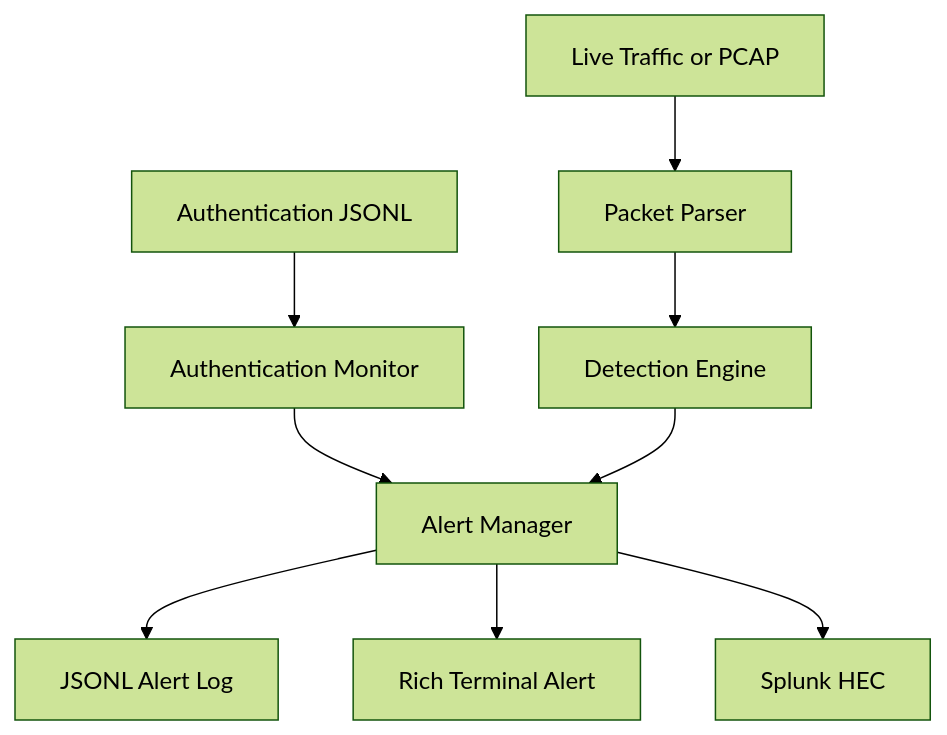
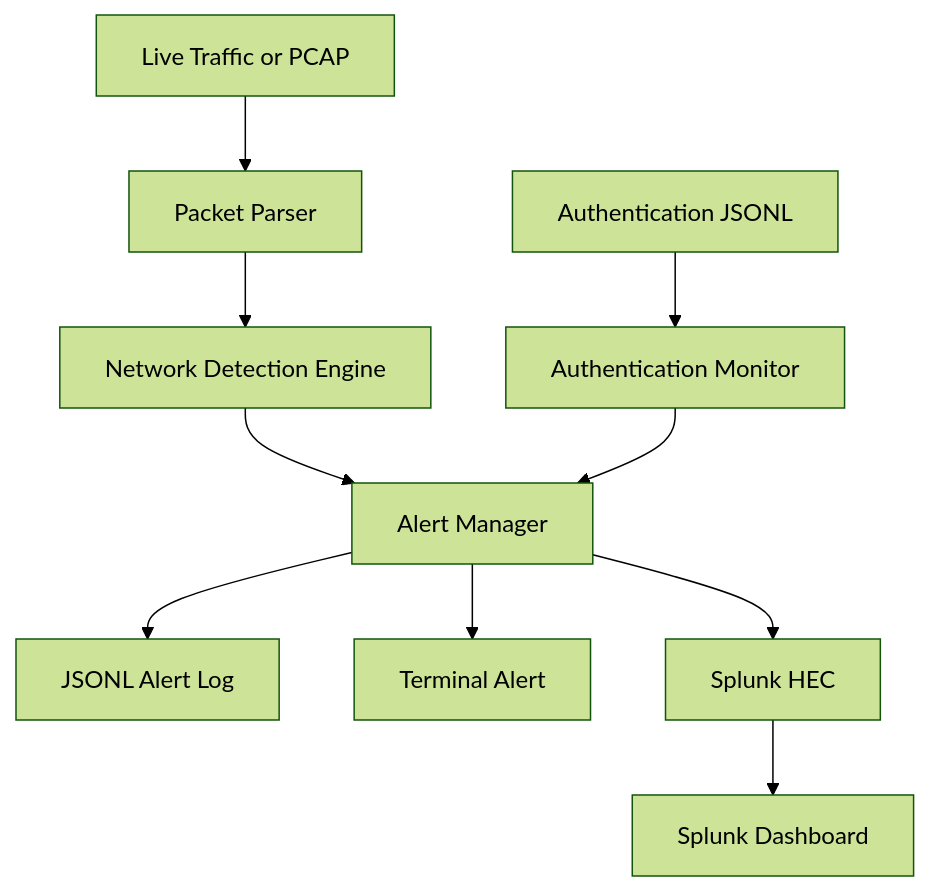
The diagram in README.md (siddheart07/CyberEye-Threat-Detection-System), drawn with Mermaid (forest theme) before and after one commit. The commit also changed other lines of this file and 2 other files, not shown here.

````diff
--- a/README.md
+++ b/README.md
@@ -32,11 +48,12 @@
 ```mermaid
 flowchart TD
     A[Live Traffic or PCAP] --> B[Packet Parser]
-    B --> C[Detection Engine]
+    B --> C[Network Detection Engine]
     D[Authentication JSONL] --> E[Authentication Monitor]
-    E --> F[Alert Manager]
-    C --> F
+    C --> F[Alert Manager]
+    E --> F
     F --> G[JSONL Alert Log]
-    F --> H[Rich Terminal Alert]
+    F --> H[Terminal Alert]
     F --> I[Splunk HEC]
+    I --> J[Splunk Dashboard]
 ```
````
